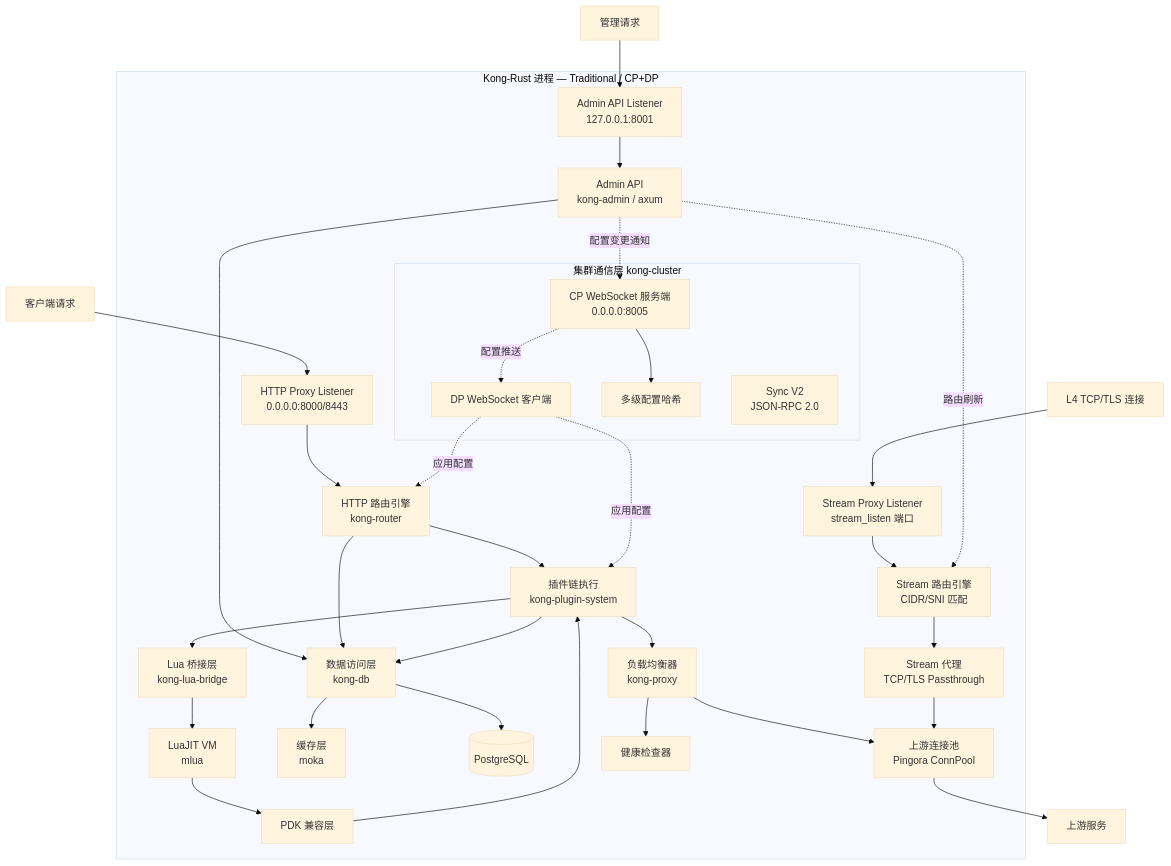
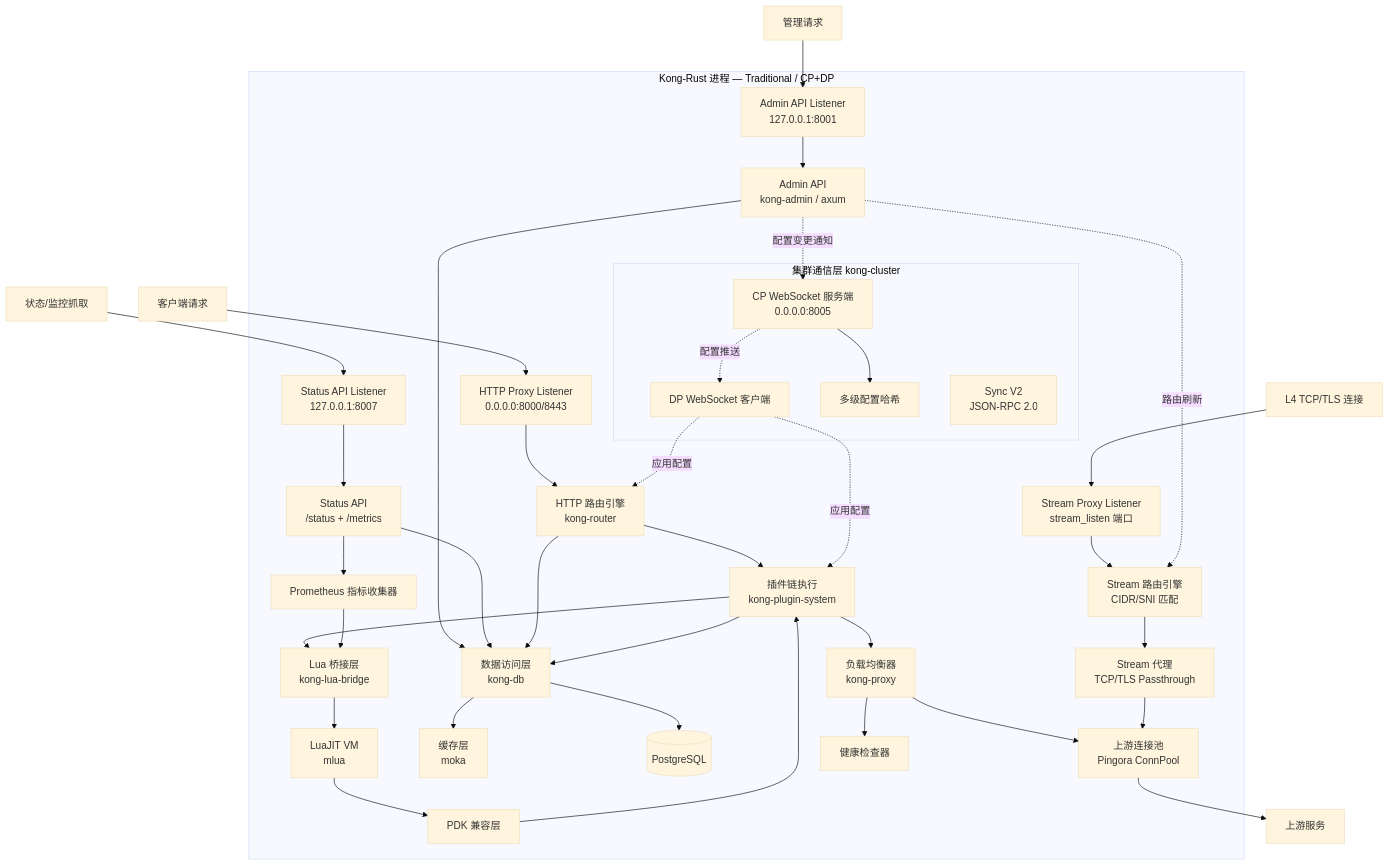
One commit to kong-rust/kong-rust changed the first of 2 diagrams in .spec-workflow/specs/kong-rust/design.md. Above: the diagram before and after it, drawn with Mermaid (base theme). The commit also changed other lines of this file and 16 other files, not shown here.

Commit message:
feat: align status metrics with kong

````diff
--- a/.spec-workflow/specs/kong-rust/design.md
+++ b/.spec-workflow/specs/kong-rust/design.md
@@ -42,47 +42,52 @@
 ```mermaid
 graph TB
     Client[客户端请求] --> ProxyListener[HTTP Proxy Listener<br/>0.0.0.0:8000/8443]
     StreamClient[L4 TCP/TLS 连接] --> StreamListener[Stream Proxy Listener<br/>stream_listen 端口]
     AdminClient[管理请求] --> AdminListener[Admin API Listener<br/>127.0.0.1:8001]
+    StatusClient[状态/监控抓取] --> StatusListener[Status API Listener<br/>127.0.0.1:8007]
 
     subgraph KongRust[Kong-Rust 进程 — Traditional / CP+DP]
         ProxyListener --> Router[HTTP 路由引擎<br/>kong-router]
         Router --> PluginChain[插件链执行<br/>kong-plugin-system]
         PluginChain --> LuaBridge[Lua 桥接层<br/>kong-lua-bridge]
         PluginChain --> Balancer[负载均衡器<br/>kong-proxy]
         Balancer --> UpstreamConn[上游连接池<br/>Pingora ConnPool]
 
         StreamListener --> StreamRouter[Stream 路由引擎<br/>CIDR/SNI 匹配]
         StreamRouter --> StreamProxy[Stream 代理<br/>TCP/TLS Passthrough]
         StreamProxy --> UpstreamConn
 
         AdminListener --> AdminAPI[Admin API<br/>kong-admin / axum]
+        StatusListener --> StatusAPI[Status API<br/>/status + /metrics]
         AdminAPI --> DAO[数据访问层<br/>kong-db]
+        StatusAPI --> DAO
         DAO --> Cache[缓存层<br/>moka]
         DAO --> DB[(PostgreSQL)]
 
         LuaBridge --> LuaVM[LuaJIT VM<br/>mlua]
         LuaVM --> PDK[PDK 兼容层]
         PDK --> PluginChain
+        StatusAPI --> MetricsCollector[Prometheus 指标收集器]
+        MetricsCollector --> LuaBridge
 
         Router --> DAO
         PluginChain --> DAO
         Balancer --> HealthChecker[健康检查器]
 
         subgraph Cluster[集群通信层 kong-cluster]
             CPServer[CP WebSocket 服务端<br/>0.0.0.0:8005]
             DPClient[DP WebSocket 客户端]
             ConfigHash[多级配置哈希]
             SyncV2[Sync V2<br/>JSON-RPC 2.0]
         end
 
         AdminAPI -.->|配置变更通知| CPServer
         AdminAPI -.->|路由刷新| StreamRouter
         CPServer -.->|配置推送| DPClient
         DPClient -.->|应用配置| Router
         DPClient -.->|应用配置| PluginChain
         CPServer --> ConfigHash
     end
 
     UpstreamConn --> Upstream[上游服务]
 ```
````
